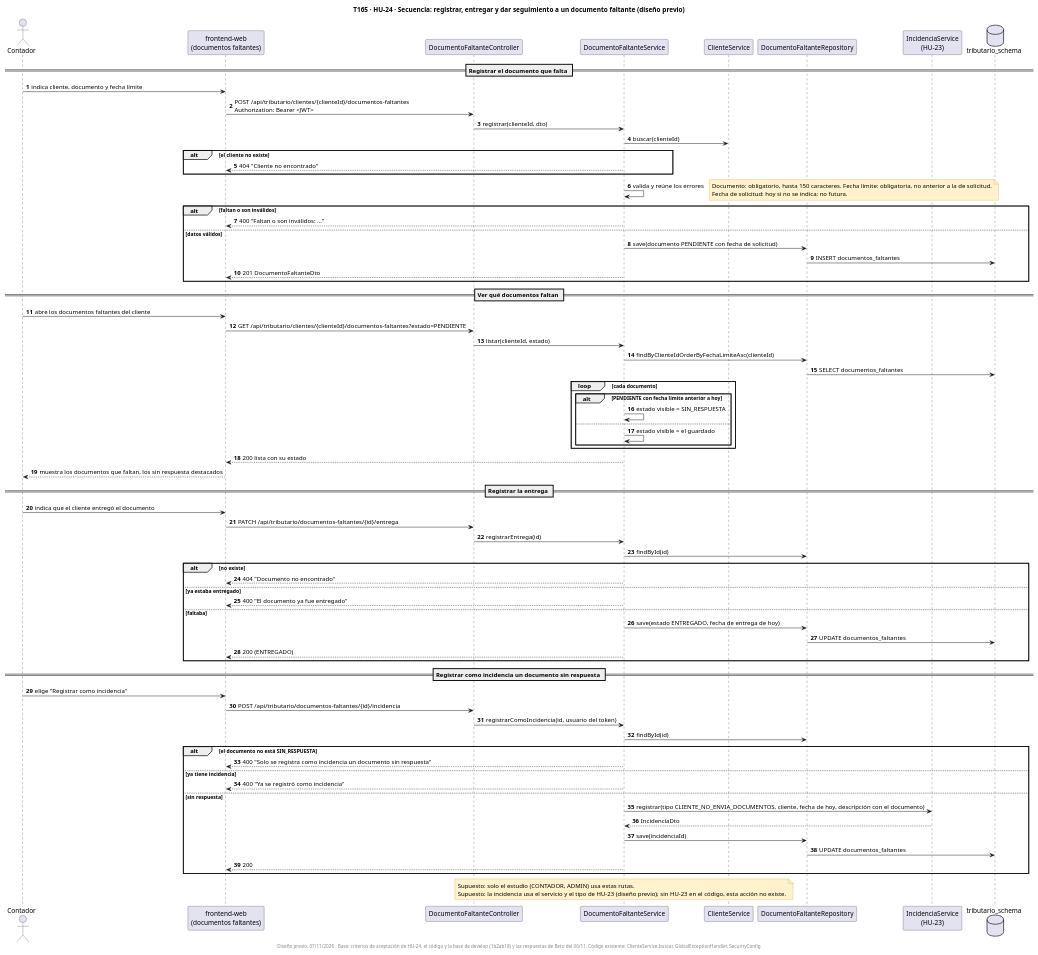
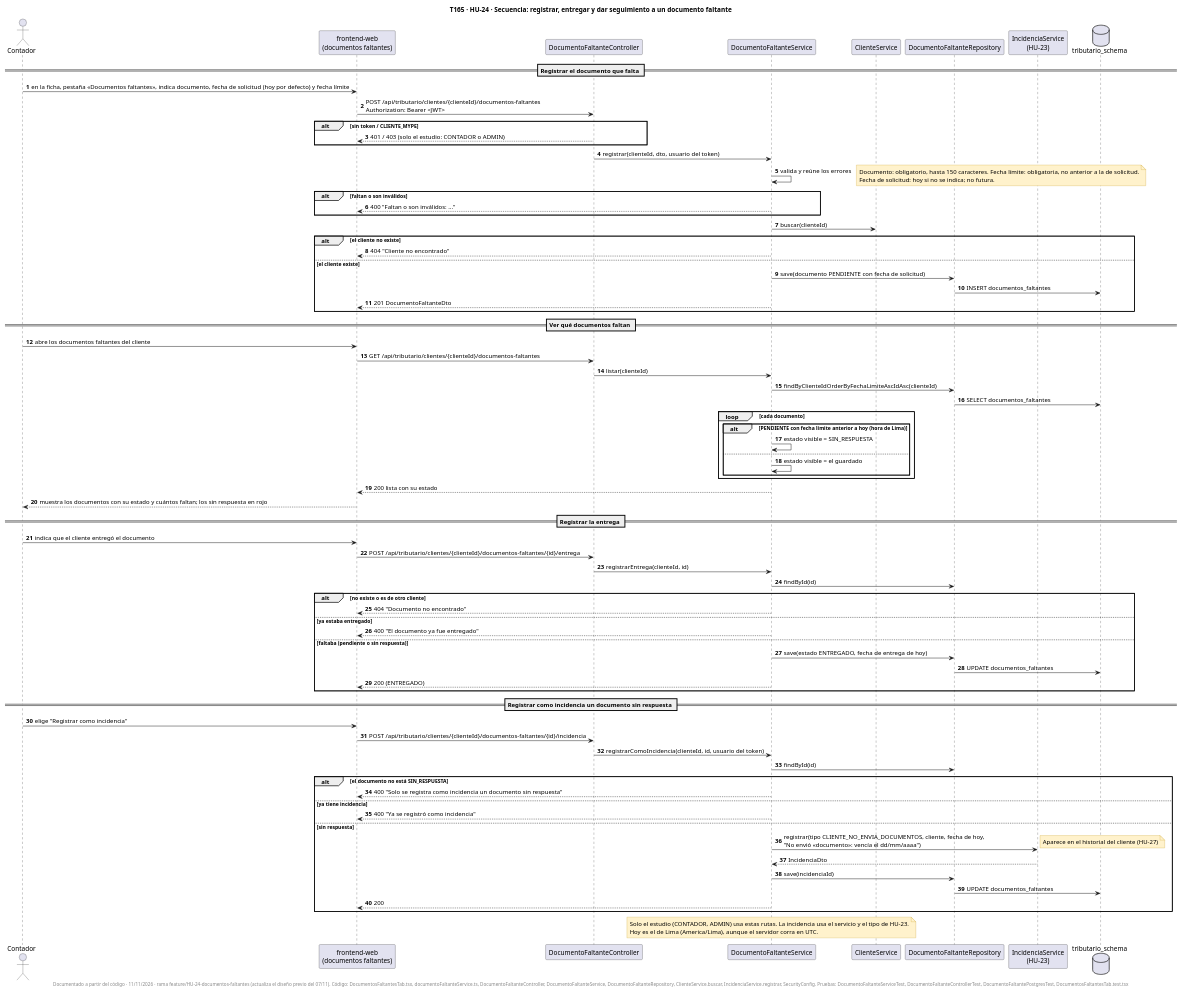
The diagram in docs/uml/T165-HU24-secuencia-documentos-faltantes.puml (fabianrodriguez33/plus-contable), drawn with PlantUML before and after one commit. The commit also changed 23 other files, not shown here.

First line of the commit message:
HU-24: verificar documentos faltantes (tareas 166 a 173)

```diff
--- a/docs/uml/T165-HU24-secuencia-documentos-faltantes.puml
+++ b/docs/uml/T165-HU24-secuencia-documentos-faltantes.puml
@@ -1,91 +1,95 @@
 @startuml
-title T165 · HU-24 · Secuencia: registrar, entregar y dar seguimiento a un documento faltante (diseño previo)
+title T165 · HU-24 · Secuencia: registrar, entregar y dar seguimiento a un documento faltante
 skinparam shadowing false
 skinparam noteBackgroundColor #FFF2CC
 skinparam noteBorderColor #BF9000
 autonumber
 
 actor "Contador" as U
 participant "frontend-web\n(documentos faltantes)" as FE
 participant "DocumentoFaltanteController" as DC
 participant "DocumentoFaltanteService" as DS
 participant "ClienteService" as CS
 participant "DocumentoFaltanteRepository" as DR
 participant "IncidenciaService\n(HU-23)" as IS
 database "tributario_schema" as DB
 
 == Registrar el documento que falta ==
-U -> FE : indica cliente, documento y fecha límite
+U -> FE : en la ficha, pestaña «Documentos faltantes», indica documento, fecha de solicitud (hoy por defecto) y fecha límite
 FE -> DC : POST /api/tributario/clientes/{clienteId}/documentos-faltantes\nAuthorization: Bearer <JWT>
-DC -> DS : registrar(clienteId, dto)
-DS -> CS : buscar(clienteId)
-alt el cliente no existe
-  DS --> FE : 404 "Cliente no encontrado"
+alt sin token / CLIENTE_MYPE
+  DC --> FE : 401 / 403 (solo el estudio: CONTADOR o ADMIN)
 end
+DC -> DS : registrar(clienteId, dto, usuario del token)
 DS -> DS : valida y reúne los errores
 note right
   Documento: obligatorio, hasta 150 caracteres. Fecha límite: obligatoria, no anterior a la de solicitud.
   Fecha de solicitud: hoy si no se indica; no futura.
 end note
 alt faltan o son inválidos
   DS --> FE : 400 "Faltan o son inválidos: ..."
-else datos válidos
+end
+DS -> CS : buscar(clienteId)
+alt el cliente no existe
+  DS --> FE : 404 "Cliente no encontrado"
+else el cliente existe
   DS -> DR : save(documento PENDIENTE con fecha de solicitud)
   DR -> DB : INSERT documentos_faltantes
   DS --> FE : 201 DocumentoFaltanteDto
 end
 
 == Ver qué documentos faltan ==
 U -> FE : abre los documentos faltantes del cliente
-FE -> DC : GET /api/tributario/clientes/{clienteId}/documentos-faltantes?estado=PENDIENTE
-DC -> DS : listar(clienteId, estado)
-DS -> DR : findByClienteIdOrderByFechaLimiteAsc(clienteId)
+FE -> DC : GET /api/tributario/clientes/{clienteId}/documentos-faltantes
+DC -> DS : listar(clienteId)
+DS -> DR : findByClienteIdOrderByFechaLimiteAscIdAsc(clienteId)
 DR -> DB : SELECT documentos_faltantes
 loop cada documento
-  alt PENDIENTE con fecha límite anterior a hoy
+  alt PENDIENTE con fecha límite anterior a hoy (hora de Lima)
     DS -> DS : estado visible = SIN_RESPUESTA
   else
     DS -> DS : estado visible = el guardado
   end
 end
 DS --> FE : 200 lista con su estado
-FE --> U : muestra los documentos que faltan, los sin respuesta destacados
+FE --> U : muestra los documentos con su estado y cuántos faltan; los sin respuesta en rojo
 
 == Registrar la entrega ==
 U -> FE : indica que el cliente entregó el documento
-FE -> DC : PATCH /api/tributario/documentos-faltantes/{id}/entrega
-DC -> DS : registrarEntrega(id)
+FE -> DC : POST /api/tributario/clientes/{clienteId}/documentos-faltantes/{id}/entrega
+DC -> DS : registrarEntrega(clienteId, id)
 DS -> DR : findById(id)
-alt no existe
+alt no existe o es de otro cliente
   DS --> FE : 404 "Documento no encontrado"
 else ya estaba entregado
   DS --> FE : 400 "El documento ya fue entregado"
-else faltaba
+else faltaba (pendiente o sin respuesta)
   DS -> DR : save(estado ENTREGADO, fecha de entrega de hoy)
   DR -> DB : UPDATE documentos_faltantes
   DS --> FE : 200 (ENTREGADO)
 end
 
 == Registrar como incidencia un documento sin respuesta ==
 U -> FE : elige "Registrar como incidencia"
-FE -> DC : POST /api/tributario/documentos-faltantes/{id}/incidencia
-DC -> DS : registrarComoIncidencia(id, usuario del token)
+FE -> DC : POST /api/tributario/clientes/{clienteId}/documentos-faltantes/{id}/incidencia
+DC -> DS : registrarComoIncidencia(clienteId, id, usuario del token)
 DS -> DR : findById(id)
 alt el documento no está SIN_RESPUESTA
   DS --> FE : 400 "Solo se registra como incidencia un documento sin respuesta"
 else ya tiene incidencia
   DS --> FE : 400 "Ya se registró como incidencia"
 else sin respuesta
-  DS -> IS : registrar(tipo CLIENTE_NO_ENVIA_DOCUMENTOS, cliente, fecha de hoy, descripción con el documento)
+  DS -> IS : registrar(tipo CLIENTE_NO_ENVIA_DOCUMENTOS, cliente, fecha de hoy,\n"No envió «documento»: vencía el dd/mm/aaaa")
+  note right : Aparece en el historial del cliente (HU-27)
   IS --> DS : IncidenciaDto
   DS -> DR : save(incidenciaId)
   DR -> DB : UPDATE documentos_faltantes
   DS --> FE : 200
 end
 
 note over DS
-  Supuesto: solo el estudio (CONTADOR, ADMIN) usa estas rutas.
-  Supuesto: la incidencia usa el servicio y el tipo de HU-23 (diseño previo); sin HU-23 en el código, esta acción no existe.
+  Solo el estudio (CONTADOR, ADMIN) usa estas rutas. La incidencia usa el servicio y el tipo de HU-23.
+  Hoy es el de Lima (America/Lima), aunque el servidor corra en UTC.
 end note
-footer Diseño previo, 07/11/2026 · Base: criterios de aceptación de HU-24, el código y la base de develop (1b2ab18) y las respuestas de Beto del 06/11. Código existente: ClienteService.buscar, GlobalExceptionHandler, SecurityConfig
+footer Documentado a partir del código · 11/11/2026 · rama feature/HU-24-documentos-faltantes (actualiza el diseño previo del 07/11). Código: DocumentosFaltantesTab.tsx, documentoFaltanteService.ts, DocumentoFaltanteController, DocumentoFaltanteService, DocumentoFaltanteRepository, ClienteService.buscar, IncidenciaService.registrar, SecurityConfig. Pruebas: DocumentoFaltanteServiceTest, DocumentoFaltanteControllerTest, DocumentoFaltantePostgresTest, DocumentosFaltantesTab.test.tsx
 @enduml
```
